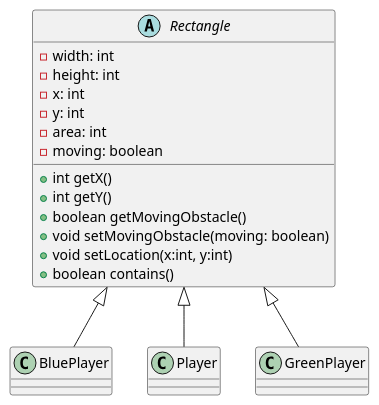
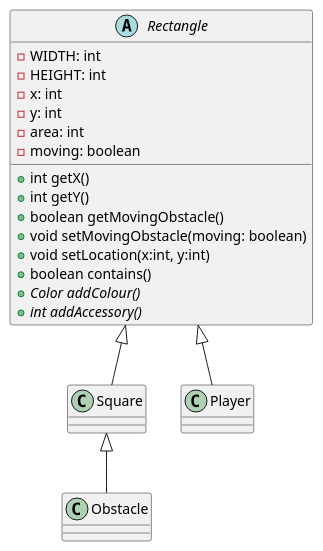
The diagram in images/Player.puml (emilyswitzer/JavaJumpGame), drawn with PlantUML before and after one commit. The commit also changed 18 other files, not shown here.

```diff
--- a/images/Player.puml
+++ b/images/Player.puml
@@ -1,39 +1,39 @@
 @startuml
 'https://plantuml.com/class-diagram
 
 abstract class Rectangle {
-    -width: int
-    -height: int
+    -WIDTH: int
+    -HEIGHT: int
     -x: int
     -y: int
     -area: int
     -moving: boolean
 
     +int getX()
     +int getY()
     +boolean getMovingObstacle()
     +void setMovingObstacle(moving: boolean)
     +void setLocation(x:int, y:int)
     +boolean contains()
+    +Color {abstract} addColour()
+    +int {abstract} addAccessory()
 
 }
-class BluePlayer {
-
-
-}
-class Player{
+class Square {
 
 }
 
-class GreenPlayer {
+
+class Player {
 
 }
 
-Rectangle <|-- BluePlayer
+
+Rectangle <|-- Square
+Square <|-- Obstacle
 Rectangle <|-- Player
-Rectangle <|-- GreenPlayer
 
 
 
 
 @enduml
```
